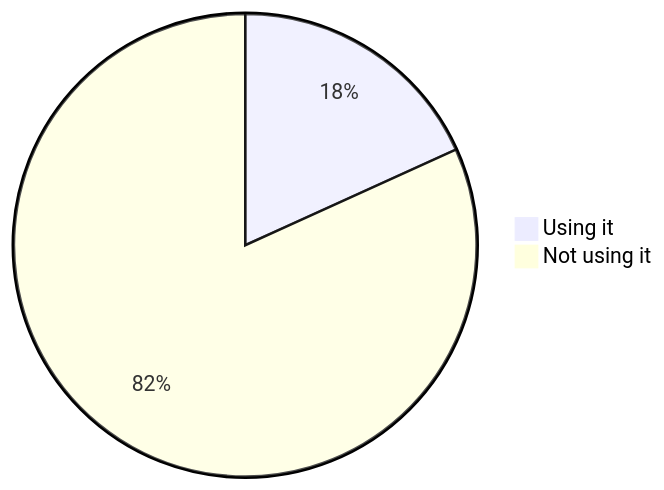
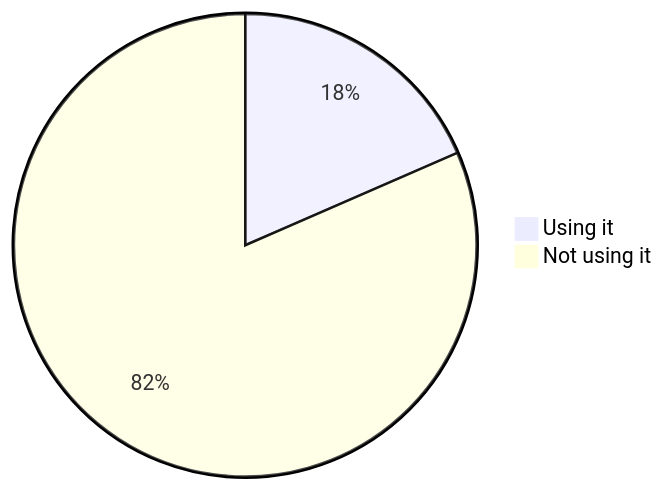
Before and after one commit to oshp/oshp-stats: the fourth of 22 diagrams in stats.md, drawn with Mermaid. The commit also changed other lines of this file, not shown here.

````diff
--- a/stats.md
+++ b/stats.md
@@ -46,6 +46,6 @@
 ```mermaid
 pie
-	"Using it" : 18.21
-	"Not using it" : 81.79
+	"Using it" : 18.46
+	"Not using it" : 81.54
 
 ```
````
